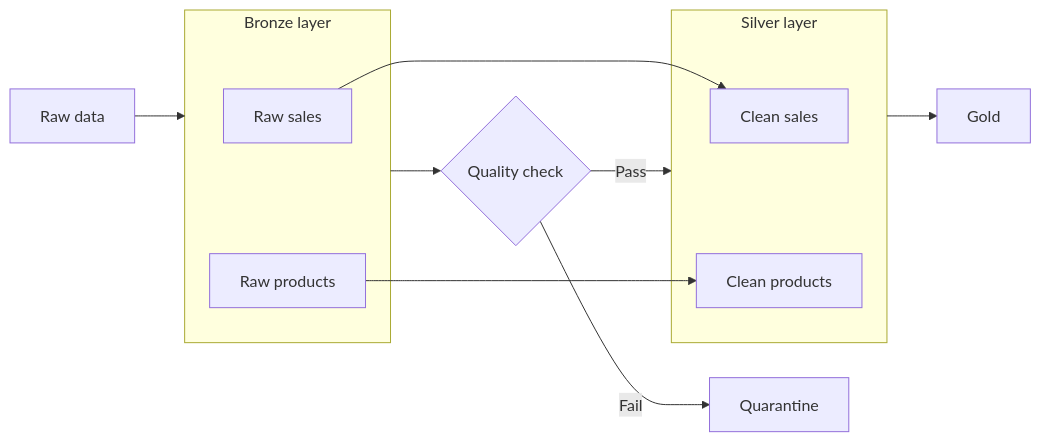
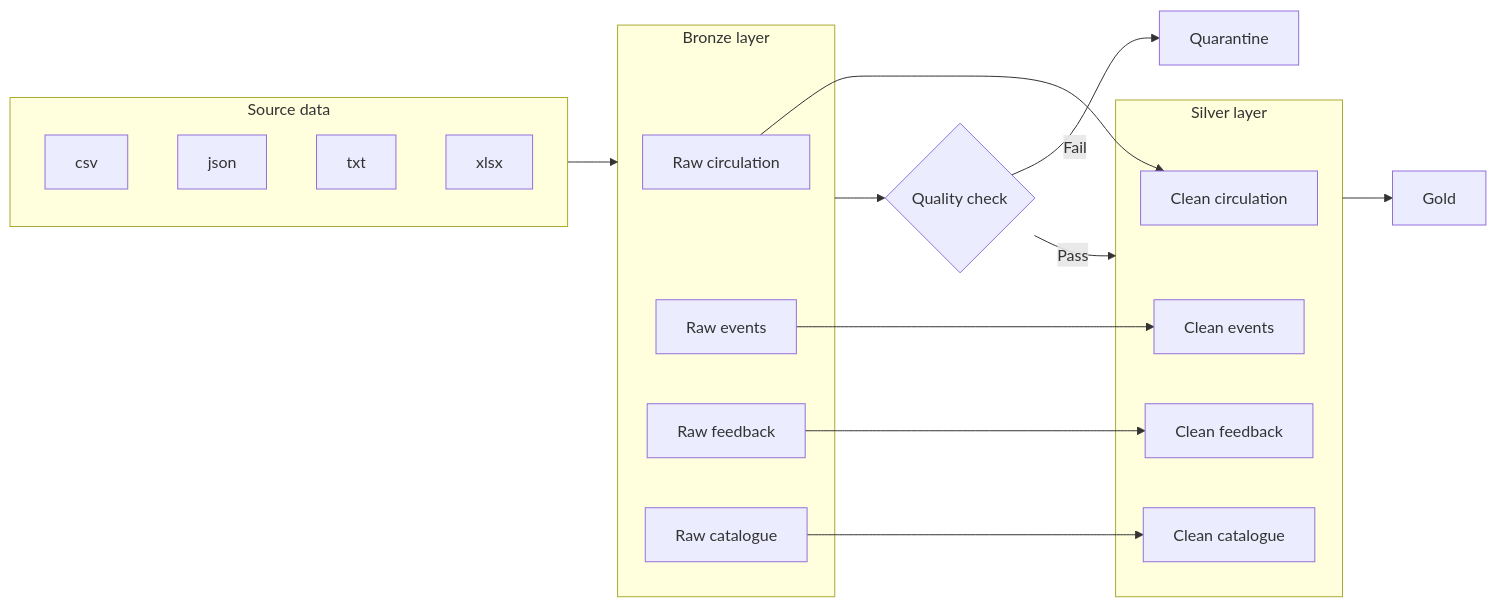
Before and after one commit to rlowers93-ops/make_diagrams: the first of 2 diagrams in README.md, drawn with Mermaid.

````diff
--- a/README.md
+++ b/README.md
@@ -3,21 +3,35 @@
 ```mermaid
 flowchart LR
-  Raw[Raw data] --> Bronze[Bronze]
+
+  Raw[Source data] --> Bronze[Bronze]
     Bronze --> Check{Quality check}
     Check -->|Pass| Silver[Silver]
     Check -->|Fail| Quarantine[Quarantine]
     Silver --> Gold[Gold]
 
+  subgraph Raw["Source data"]
+        csvCirculation[csv]
+        jsonEvents[json]
+        txtFeedback[txt]
+        xlsxCatalogue[xlsx]
+    end
+
     subgraph Bronze["Bronze layer"]
-        RawSales[Raw sales]
-        RawProducts[Raw products]
+        RawCirculation[Raw circulation]
+        RawEvents[Raw events]
+        RawFeedback[Raw feedback]
+        RawCatalogue[Raw catalogue]
     end
 
     subgraph Silver["Silver layer"]
-        CleanSales[Clean sales]
-        CleanProducts[Clean products]
+        CleanCirculation[Clean circulation]
+        CleanEvents[Clean events]
+        CleanFeedback[Clean feedback]
+        CleanCatalogue[Clean catalogue]
     end
 
-    RawSales --> CleanSales
-    RawProducts --> CleanProducts
+    RawCirculation --> CleanCirculation
+    RawEvents --> CleanEvents
+    RawFeedback --> CleanFeedback
+    RawCatalogue --> CleanCatalogue
 ```
````
